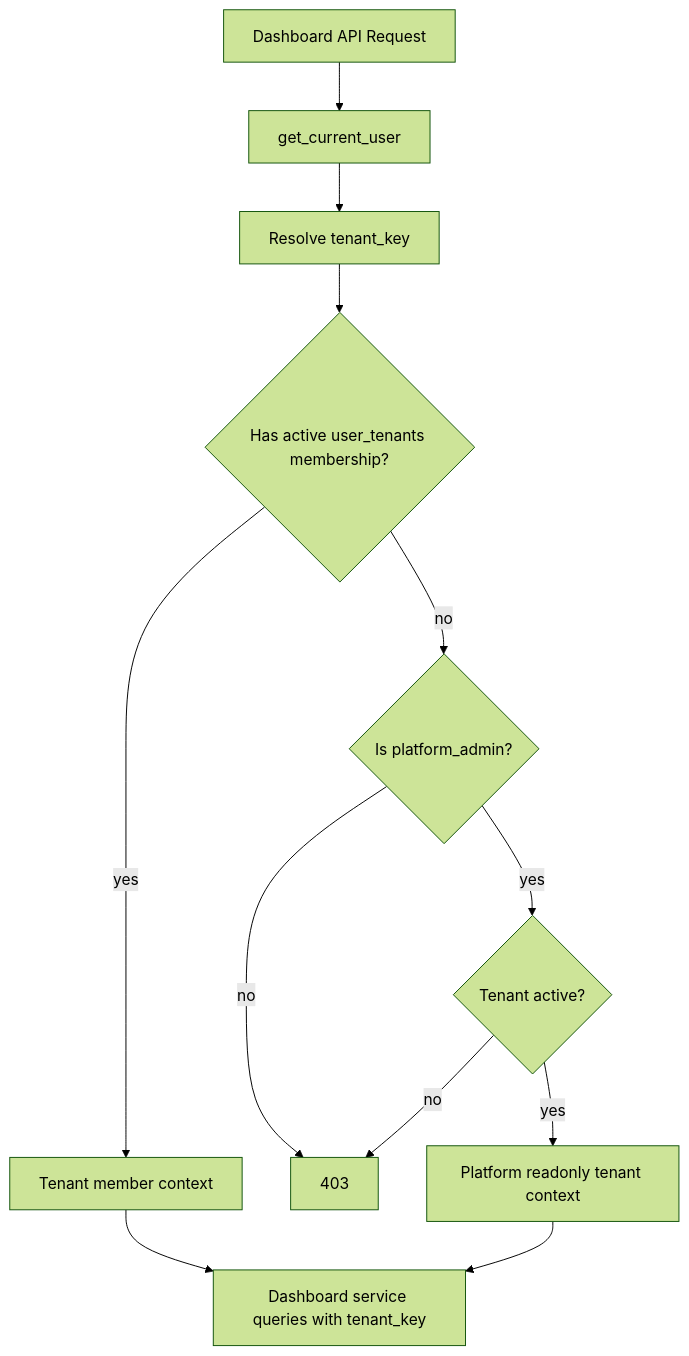
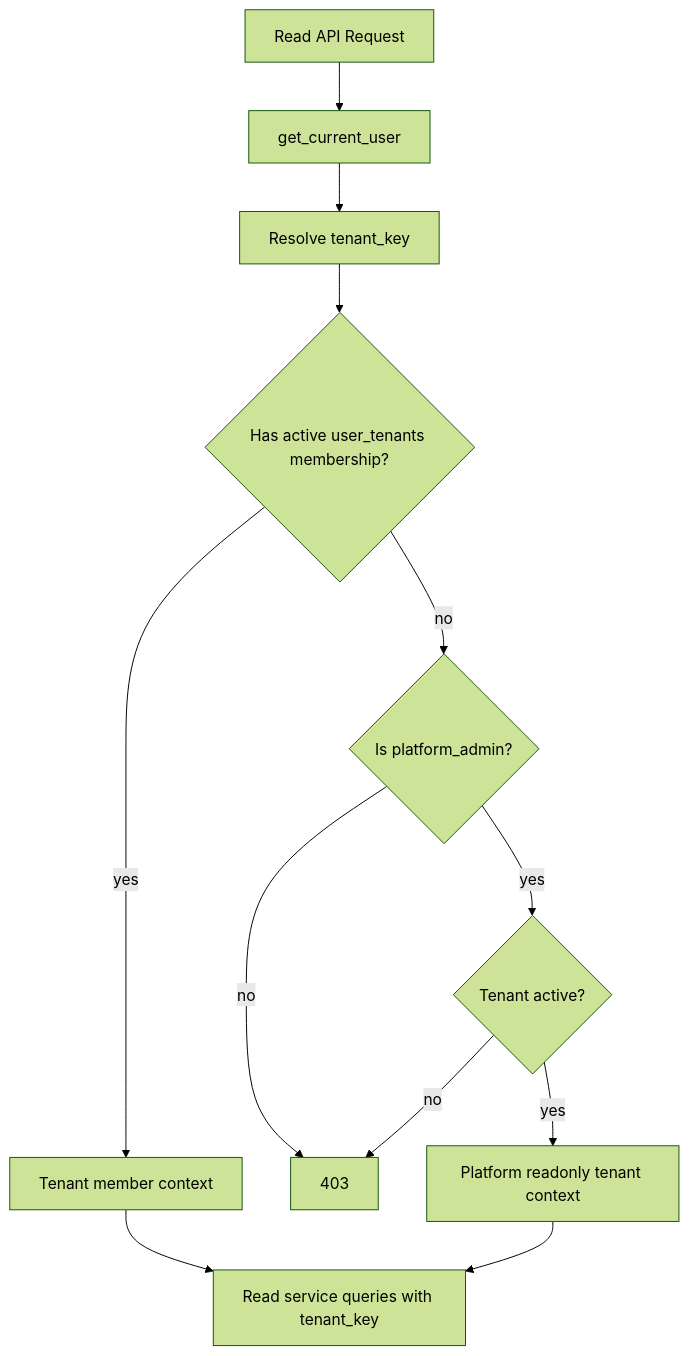
Before and after one commit to jiabai/brand-dashboard: the diagram in docs/design-docs/20260520-040000-platform-admin-tenant-read-access.md, drawn with Mermaid (forest theme). The commit also changed other lines of this file and 42 other files, not shown here.

````diff
--- a/docs/design-docs/20260520-040000-platform-admin-tenant-read-access.md
+++ b/docs/design-docs/20260520-040000-platform-admin-tenant-read-access.md
@@ -59,14 +59,14 @@
 ```mermaid
 flowchart TD
-  A["Dashboard API Request"] --> B["get_current_user"]
+  A["Read API Request"] --> B["get_current_user"]
   B --> C["Resolve tenant_key"]
   C --> D{"Has active user_tenants membership?"}
   D -- yes --> E["Tenant member context"]
   D -- no --> F{"Is platform_admin?"}
   F -- no --> G["403"]
   F -- yes --> H{"Tenant active?"}
   H -- no --> G
   H -- yes --> I["Platform readonly tenant context"]
-  E --> J["Dashboard service queries with tenant_key"]
+  E --> J["Read service queries with tenant_key"]
   I --> J
 ```
````
